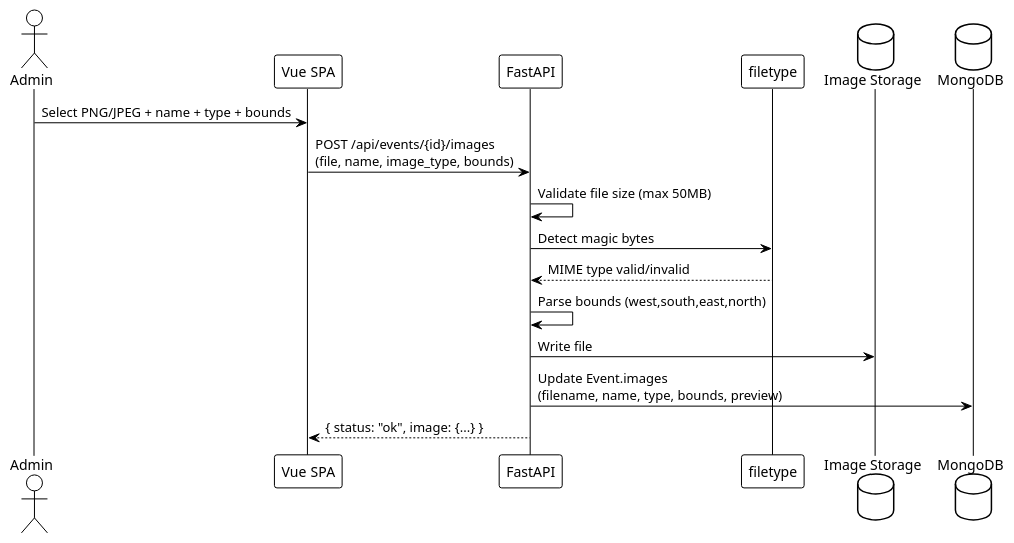
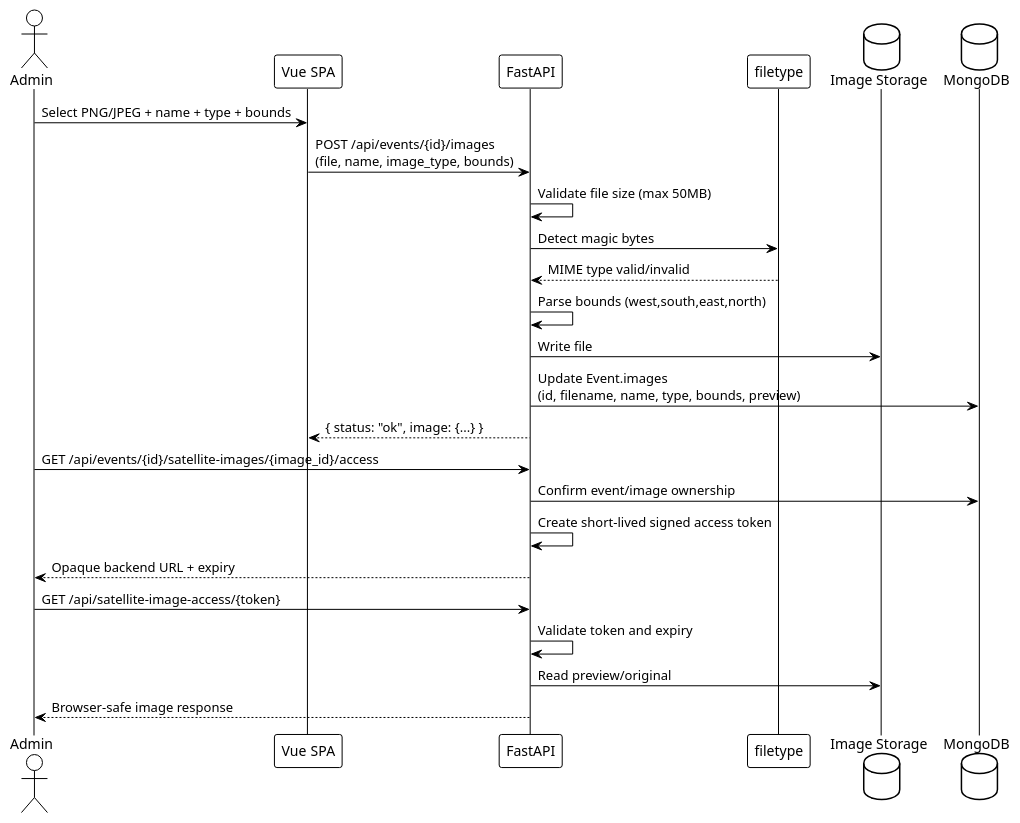
Before and after one commit to HEIG-RESONATE/resonate2: the diagram in docs/diagrams/upload-flow.puml, drawn with PlantUML. The commit also changed 10 other files, not shown here.

Commit message:
implement satellite-image retrieval on backend

```diff
--- a/docs/diagrams/upload-flow.puml
+++ b/docs/diagrams/upload-flow.puml
@@ -1,25 +1,34 @@
 @startuml
 !theme plain
 
 actor Admin
 participant "Vue SPA" as Frontend
 participant "FastAPI" as API
 participant "filetype" as FT
 database "Image Storage" as Storage
 database "MongoDB" as DB
 
 Admin -> Frontend: Select PNG/JPEG + name + type + bounds
 Frontend -> API: POST /api/events/{id}/images\n(file, name, image_type, bounds)
 
 API -> API: Validate file size (max 50MB)
 API -> FT: Detect magic bytes
 FT --> API: MIME type valid/invalid
 
 API -> API: Parse bounds (west,south,east,north)
 
 API -> Storage: Write file
 
-API -> DB: Update Event.images\n(filename, name, type, bounds, preview)
+API -> DB: Update Event.images\n(id, filename, name, type, bounds, preview)
 API --> Frontend: { status: "ok", image: {...} }
 
+Admin -> API: GET /api/events/{id}/satellite-images/{image_id}/access
+API -> DB: Confirm event/image ownership
+API -> API: Create short-lived signed access token
+API --> Admin: Opaque backend URL + expiry
+Admin -> API: GET /api/satellite-image-access/{token}
+API -> API: Validate token and expiry
+API -> Storage: Read preview/original
+API --> Admin: Browser-safe image response
+
 @enduml
```
